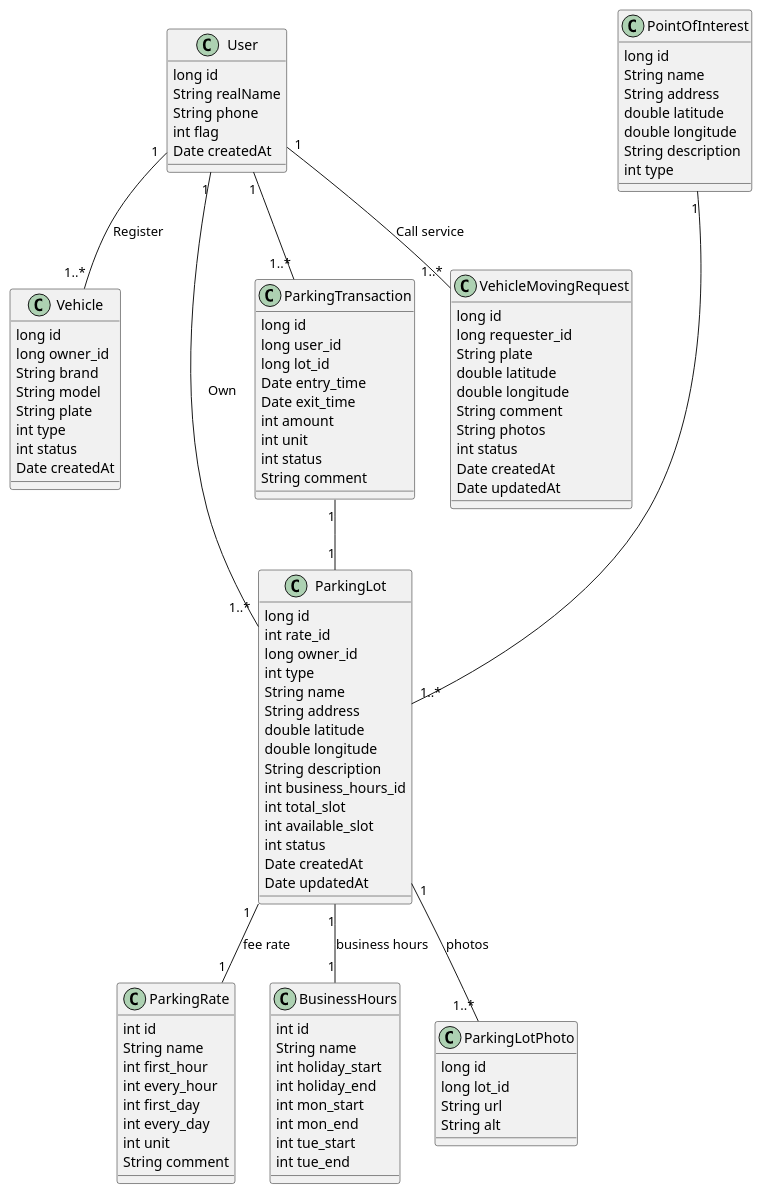
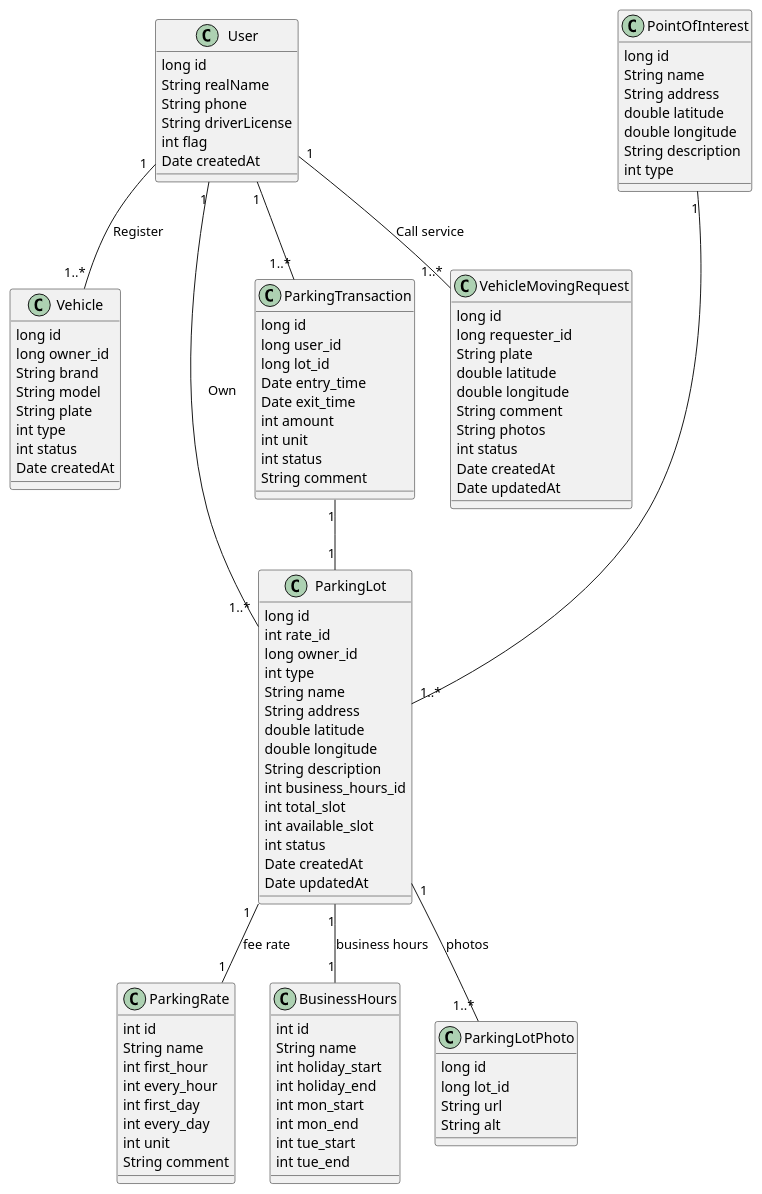
One commit to chatchatabc/davao-parking changed the diagram in clazz-diagram.puml. Above: the diagram before and after it, drawn with PlantUML.

Commit message:
docs: add driverLicense for User

```diff
--- a/clazz-diagram.puml
+++ b/clazz-diagram.puml
@@ -1,118 +1,119 @@
 @startuml
 'https://plantuml.com/class-diagram
 
 class User {
  long id
  String realName
  String phone
+ String driverLicense
  int flag
  Date createdAt
 }
 
 class Vehicle {
  long id
  long owner_id
  String brand
  String model
  String plate
  int type
  int status
  Date createdAt
 }
 
 class ParkingRate {
  int id
  String name
  int first_hour
  int every_hour
  int first_day
  int every_day
  int unit
  String comment
 }
 
 class ParkingLot {
  long id
  int rate_id
  long owner_id
  int type
  String name
  String address
  double latitude
  double longitude
  String description
  int business_hours_id
  int total_slot
  int available_slot
  int status
  Date createdAt
  Date updatedAt
 }
 
 class BusinessHours {
    int id
    String name
    int holiday_start
    int holiday_end
    int mon_start
    int mon_end
    int tue_start
    int tue_end
 }
 
 class ParkingLotPhoto {
  long id
  long lot_id
  String url
  String alt
 }
 
 class ParkingTransaction {
   long id
   long user_id
   long lot_id
   Date entry_time
   Date exit_time
   int amount
   int unit
   int status
   String comment
 }
 
 class PointOfInterest {
   long id
   String name
   String address
   double latitude
   double longitude
   String description
   int type
 }
 
 class VehicleMovingRequest {
    long id
    long requester_id
    String plate
    double latitude
    double longitude
    String comment
    String photos
    int status
    Date createdAt
    Date updatedAt
 }
 
 User "1" -- "1..*" Vehicle: Register
 User "1" -- "1..*" ParkingLot: Own
 User "1" -- "1..*" VehicleMovingRequest: Call service
 User "1" -- "1..*" ParkingTransaction
 ParkingTransaction "1" -- "1" ParkingLot
 
 ParkingLot "1" -- "1..*" ParkingLotPhoto: photos
 ParkingLot "1" -- "1" ParkingRate: fee rate
 ParkingLot "1" -- "1" BusinessHours: business hours
 
 PointOfInterest "1" --- "1..*" ParkingLot
 
 
 @enduml
```
